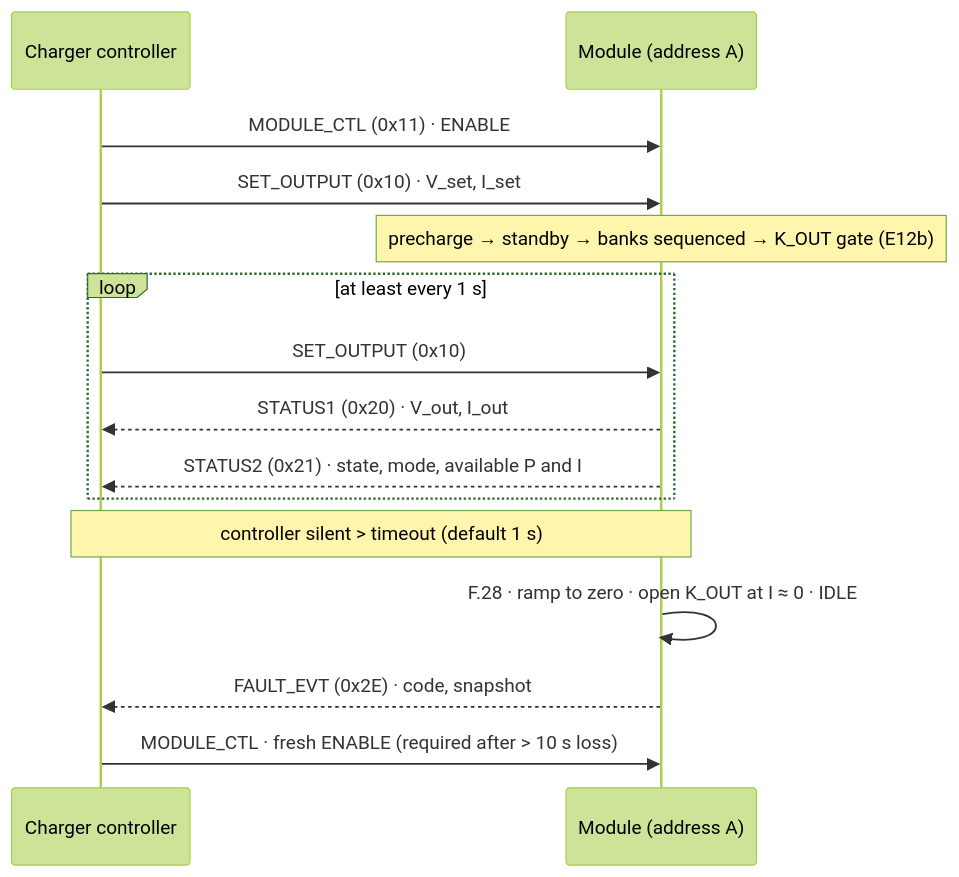
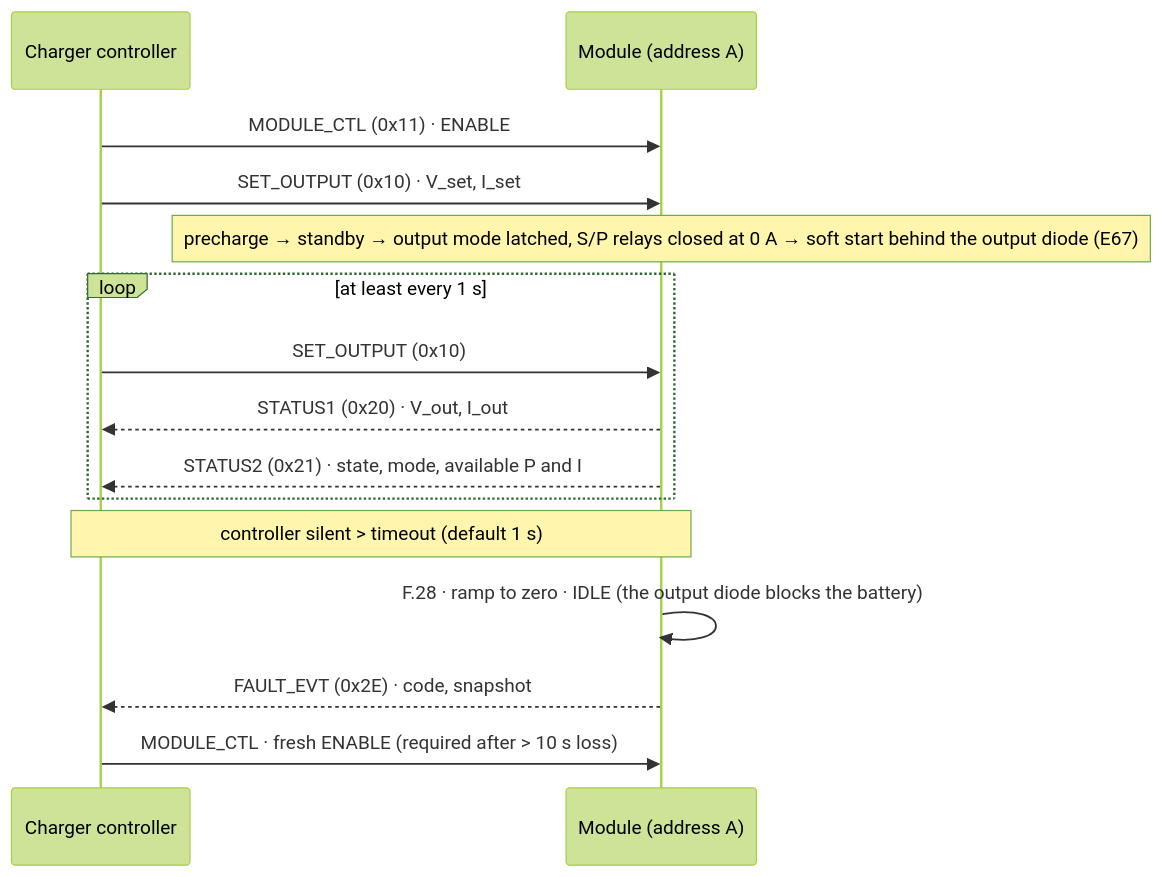
Before and after one commit to vectivolt/DC-Modules: the diagram in docs/can-protocol.md, drawn with Mermaid (forest theme). The commit also changed other lines of this file and 222 other files, not shown here.

````diff
--- a/docs/can-protocol.md
+++ b/docs/can-protocol.md
@@ -46,17 +46,17 @@
 ```mermaid
 sequenceDiagram
   participant C as Charger controller
   participant M as Module (address A)
   C->>M: MODULE_CTL (0x11) · ENABLE
   C->>M: SET_OUTPUT (0x10) · V_set, I_set
-  Note over M: precharge → standby → banks sequenced → K_OUT gate (E12b)
+  Note over M: precharge → standby → output mode latched, S/P relays closed at 0 A → soft start behind the output diode (E67)
   loop at least every 1 s
     C->>M: SET_OUTPUT (0x10)
     M-->>C: STATUS1 (0x20) · V_out, I_out
     M-->>C: STATUS2 (0x21) · state, mode, available P and I
   end
   Note over C,M: controller silent > timeout (default 1 s)
-  M->>M: F.28 · ramp to zero · open K_OUT at I ≈ 0 · IDLE
+  M->>M: F.28 · ramp to zero · IDLE (the output diode blocks the battery)
   M-->>C: FAULT_EVT (0x2E) · code, snapshot
   C->>M: MODULE_CTL · fresh ENABLE (required after > 10 s loss)
 ```
````
